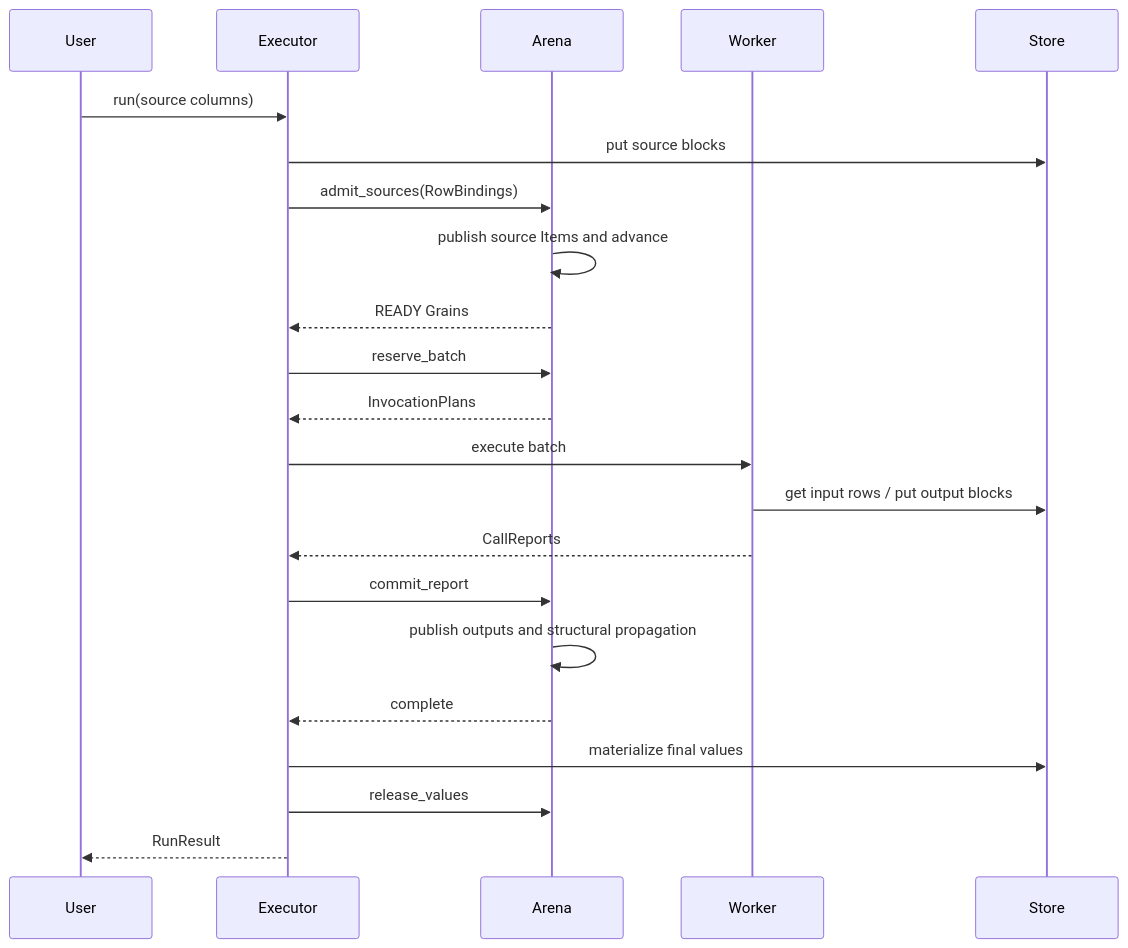
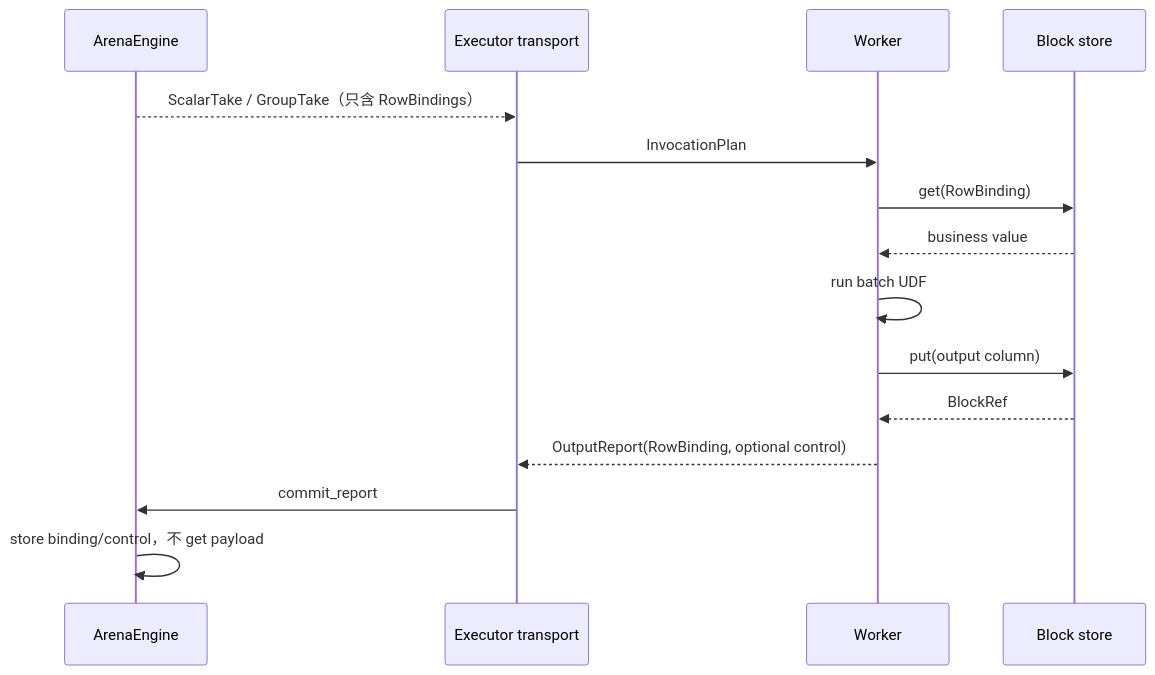
Before and after one commit to OpenDCAI/RayOrch: diagram 11 of 16 in docs/multigrain_v3_5_tutorial.md, drawn with Mermaid. The commit also changed other lines of this file and 29 other files, not shown here.

````diff
--- a/docs/multigrain_v3_5_tutorial.md
+++ b/docs/multigrain_v3_5_tutorial.md
@@ -699,25 +1209,18 @@
 ```mermaid
 sequenceDiagram
-    participant User
-    participant Executor
-    participant Arena
-    participant Worker
-    participant Store
+    participant A as ArenaEngine
+    participant E as Executor transport
+    participant W as Worker
+    participant S as Block store
 
-    User->>Executor: run(source columns)
-    Executor->>Store: put source blocks
-    Executor->>Arena: admit_sources(RowBindings)
-    Arena->>Arena: publish source Items and advance
-    Arena-->>Executor: READY Grains
-    Executor->>Arena: reserve_batch
-    Arena-->>Executor: InvocationPlans
-    Executor->>Worker: execute batch
-    Worker->>Store: get input rows / put output blocks
-    Worker-->>Executor: CallReports
-    Executor->>Arena: commit_report
-    Arena->>Arena: publish outputs and structural propagation
-    Arena-->>Executor: complete
-    Executor->>Store: materialize final values
-    Executor->>Arena: release_values
-    Executor-->>User: RunResult
+    A-->>E: ScalarTake / GroupTake（只含 RowBindings）
+    E->>W: InvocationPlan
+    W->>S: get(RowBinding)
+    S-->>W: business value
+    W->>W: run batch UDF
+    W->>S: put(output column)
+    S-->>W: BlockRef
+    W-->>E: OutputReport(RowBinding, optional control)
+    E->>A: commit_report
+    A->>A: store binding/control，不 get payload
 ```
````
